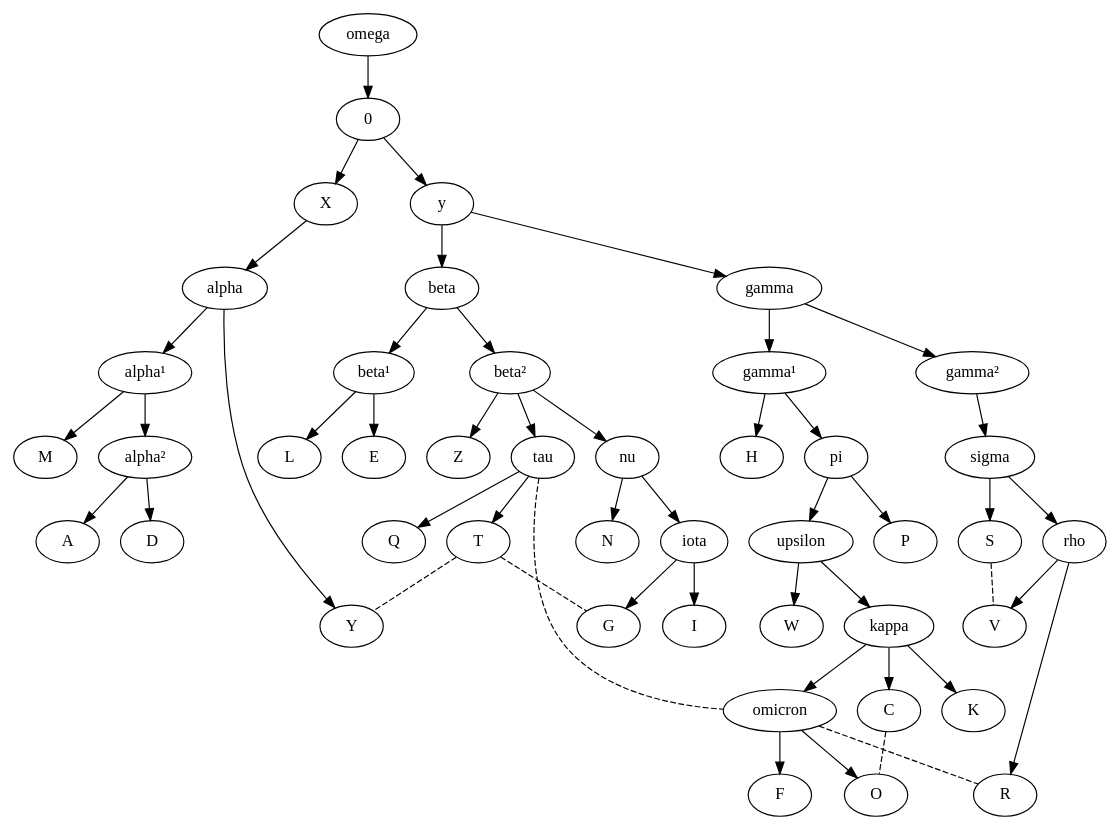
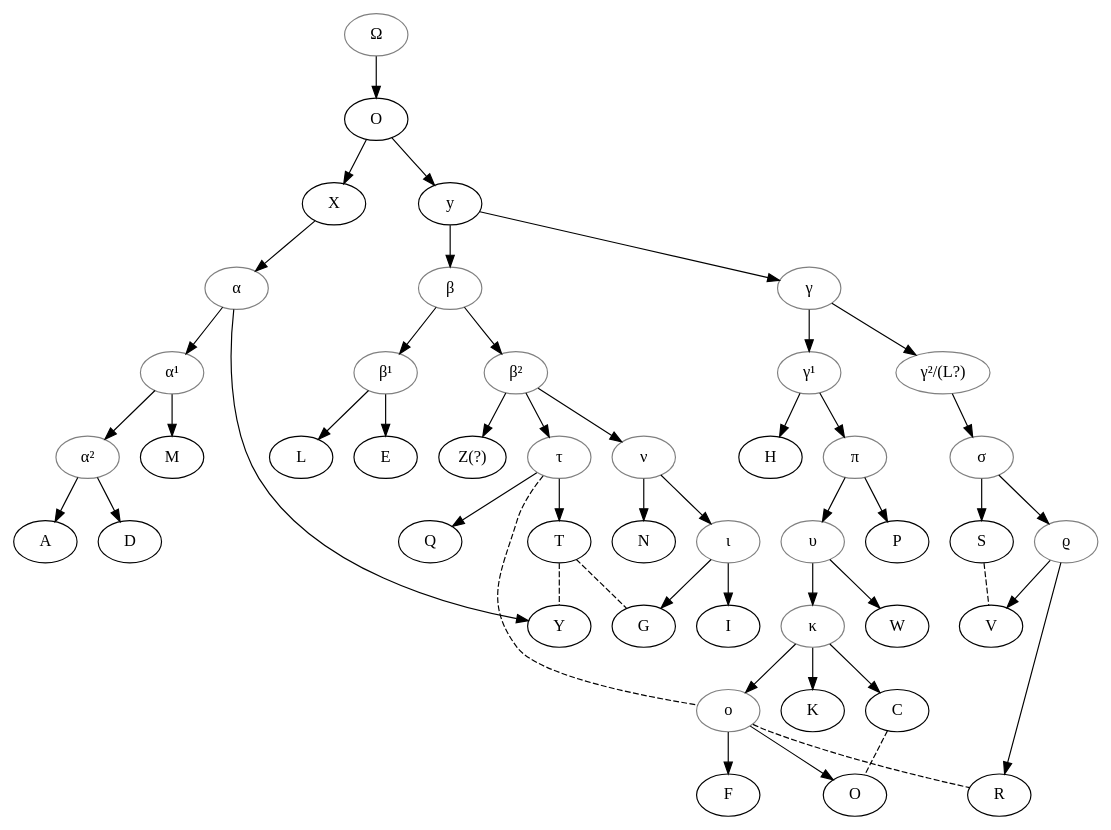
The diagram in Isopet/graph.gv (OpenStemmata/database), drawn with Graphviz before and after one commit.

Commit message:
update Isopet

```diff
--- a/Isopet/graph.gv
+++ b/Isopet/graph.gv
@@ -1,63 +1,84 @@
 # Place the cursor inside "graph" to get some refactoring options
 
 digraph {
+    # Greek letters/hypothetical links
+    omega[color="grey", label="Ω"]
+    alpha[color="grey", label="α"]
+    alpha¹[color="grey", label="α¹"]
+    alpha²[color="grey", label="α²"]
+    beta[color="grey", label="β"]
+    beta¹[color="grey", label="β¹"]
+    beta²[color="grey", label="β²"]
+    gamma[color="grey", label="γ"]
+    gamma¹[color="grey", label="γ¹"]
+    gamma²[color="grey", label="γ²/(L?)"]
+    nu[color="grey", label="ν"]
+    iota[color="grey", label="ι"]
+    tau[color="grey", label="τ"]
+    pi[color="grey", label="π"]
+    upsilon[color="grey", label="υ"]
+    kappa[color="grey", label="κ"]
+    omicron[color="grey", label="ο"]
+    sigma[color="grey", label="σ"]
+    rho[color="grey", label="ϱ"]
 
-    # To refactor nodes, place the cursor left to a node name
-    omega -> 0;
-    0 -> X;
-    0 -> y;
+    #
+    Z[label="Z(?)"]
+
+    # twice the same label in Warnke's stemma, so we use Obis
+    Obis[label="O"]
+
+    omega -> O;
+    O -> X;
+    O -> y;
     X -> alpha;
     alpha -> Y;
     alpha -> alpha¹;
     alpha¹ -> M;
     alpha¹ -> alpha²;
     alpha² -> A;
     alpha² -> D;
 
     y -> beta;
     y -> gamma;
     beta -> beta¹;
     beta -> beta²;
     beta¹ -> E;
     beta¹ -> L;
     beta² -> nu;
     nu -> N;
     nu -> iota;
     iota -> I;
     iota -> G;
     beta² -> Z;
     beta² -> tau;
     tau -> omicron [dir=none, style="dashed"];
     tau-> T;
     tau -> Q;
     T -> G [dir=none, style="dashed"];
     T -> Y [dir=none, style="dashed"];
 
     gamma -> gamma¹;
     gamma -> gamma²;
     gamma¹ -> H;
     gamma¹ -> pi;
     pi -> P;
     pi -> upsilon;
     upsilon ->W;
     upsilon -> kappa;
     kappa -> K;
     kappa -> C;
-    C -> O [dir=none, style="dashed"];
+    C -> Obis[dir=none, style="dashed"];
     kappa -> omicron;
     omicron -> R [dir=none, style="dashed"];
 
-    omicron -> O;
+    omicron -> Obis;
     omicron -> F;
 
     gamma² -> sigma;
     sigma -> S;
     S -> V [dir=none, style="dashed"];
     sigma -> rho;
     rho -> R;
     rho -> V;
-
-
-
-
 }
```
